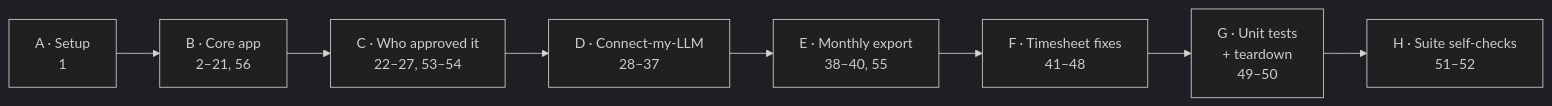
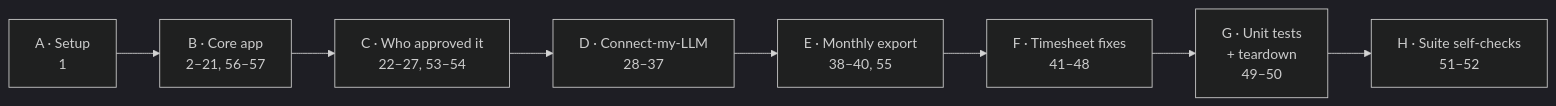
Before and after one commit to JoshNorris-Titan/titan-time-e2e: the third of 3 diagrams in README.md, drawn with Mermaid (dark theme). The commit also changed other lines of this file and 1 other file, not shown here.

````diff
--- a/README.md
+++ b/README.md
@@ -128,6 +128,6 @@
 ```mermaid
 flowchart LR
-  A["A · Setup<br/>1"] --> B["B · Core app<br/>2–21, 56"] --> C["C · Who approved it<br/>22–27, 53–54"] --> D["D · Connect-my-LLM<br/>28–37"]
+  A["A · Setup<br/>1"] --> B["B · Core app<br/>2–21, 56–57"] --> C["C · Who approved it<br/>22–27, 53–54"] --> D["D · Connect-my-LLM<br/>28–37"]
   D --> E["E · Monthly export<br/>38–40, 55"] --> F["F · Timesheet fixes<br/>41–48"] --> G["G · Unit tests<br/>+ teardown<br/>49–50"]
   G --> H["H · Suite self-checks<br/>51–52"]
 ```
````
